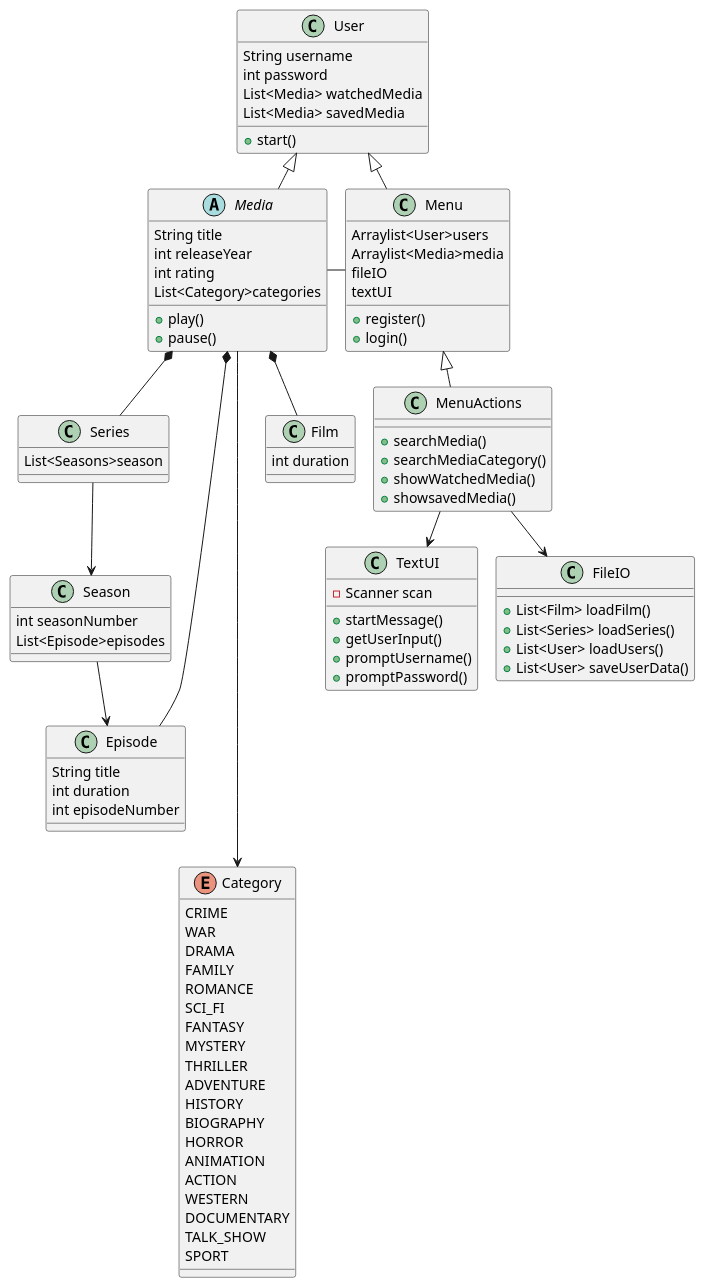
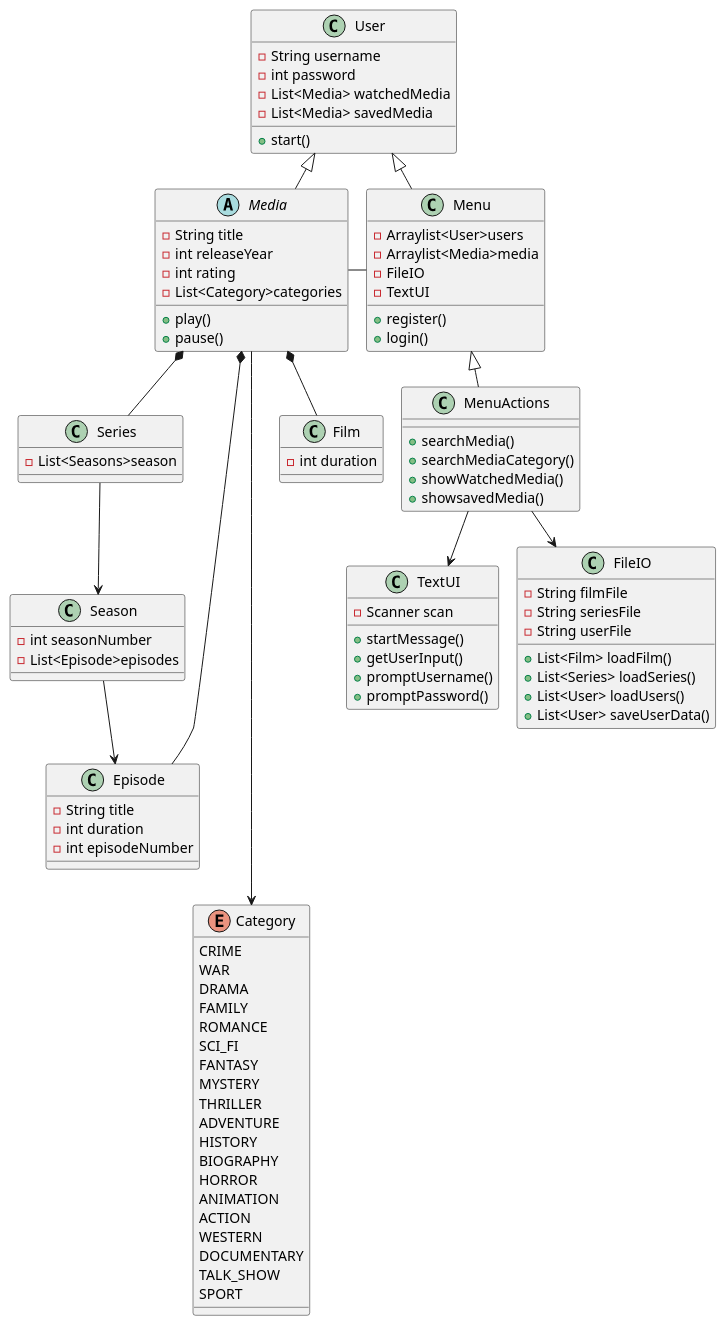
One commit to Gabbyskii/SP3 changed the diagram in doc/klassediagramV1.puml. Above: the diagram before and after it, drawn with PlantUML. The commit also changed 1 other file, not shown here.

Commit message:
kdiagram access modifiers fixed + textui + fileio started - uncomplete

```diff
--- a/doc/klassediagramV1.puml
+++ b/doc/klassediagramV1.puml
@@ -1,113 +1,116 @@
 @startuml
 !pragma layout smetana
 'https://plantuml.com/class-diagram
 
 abstract class Media{
-String title
-int releaseYear
-int rating
-List<Category>categories
+-String title
+-int releaseYear
+-int rating
+-List<Category>categories
 + play()
 + pause()
 }
 
 class Menu{
-Arraylist<User>users
-Arraylist<Media>media
-fileIO
-textUI
+-Arraylist<User>users
+-Arraylist<Media>media
+-FileIO
+-TextUI
 + register()
 + login()
 }
 
 class User{
-String username
-int password
-List<Media> watchedMedia
-List<Media> savedMedia
+-String username
+-int password
+-List<Media> watchedMedia
+-List<Media> savedMedia
 + start()
 }
 
 class Film{
-int duration
+-int duration
 }
 
 class MenuActions{
 + searchMedia()
 + searchMediaCategory()
 + showWatchedMedia()
 + showsavedMedia()
 }
 
 class Series{
-List<Seasons>season
+-List<Seasons>season
 }
 class Season{
-int seasonNumber
-List<Episode>episodes
+-int seasonNumber
+-List<Episode>episodes
 }
 class Episode{
-String title
-int duration
-int episodeNumber
+-String title
+-int duration
+-int episodeNumber
 }
 
 enum Category{
 CRIME
  WAR
  DRAMA
  FAMILY
  ROMANCE
  SCI_FI
  FANTASY
  MYSTERY
  THRILLER
  ADVENTURE
  HISTORY
  BIOGRAPHY
  HORROR
  ANIMATION
  ACTION
  WESTERN
  DOCUMENTARY
  TALK_SHOW
  SPORT
 }
 
 class FileIO{
+- String filmFile
+- String seriesFile
+- String userFile
 + List<Film> loadFilm()
 + List<Series> loadSeries()
 + List<User> loadUsers()
 + List<User> saveUserData()
 }
 
 class TextUI{
 - Scanner scan
 + startMessage()
 + getUserInput()
 + promptUsername()
 + promptPassword()
 }
 
 Media *-- Film
 Media *-- Series
 Series --> Season
 Season --> Episode
 User <|-- Media
 User <|-- Menu
 
 
 
 Menu <|-- MenuActions
 
 MenuActions --> FileIO
 MenuActions --> TextUI
 
 Media - Menu
 
 Episode --* Media
 Media -----> Category
 
 
 
 @enduml
```
